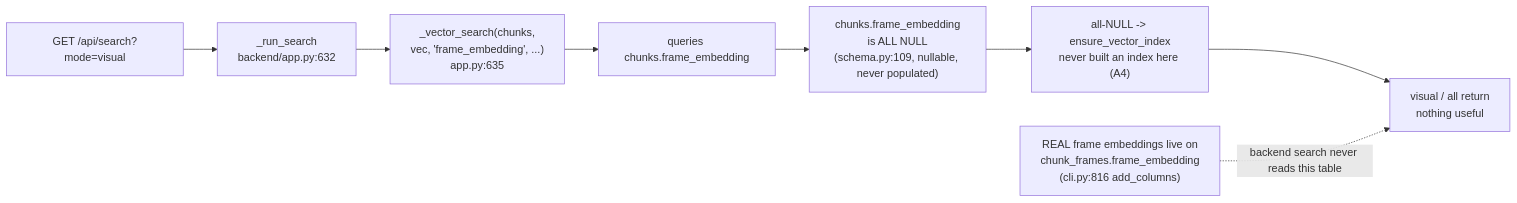
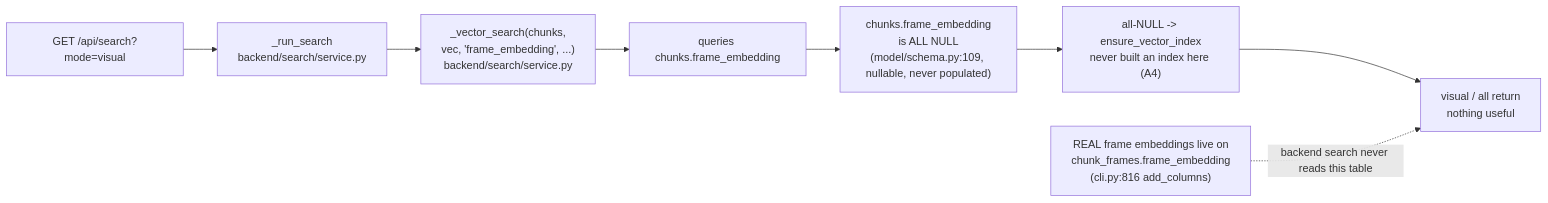
The second of 4 diagrams in docs/INVESTIGATION.md (Borg93/lance-audio-demo), drawn with Mermaid before and after one commit. The commit also changed other lines of this file and 16 other files, not shown here.

First line of the commit message:
Split cli.py into a cli/ package; sync docs to current architecture

````diff
--- a/docs/INVESTIGATION.md
+++ b/docs/INVESTIGATION.md
@@ -145,12 +145,12 @@
 ```mermaid
 flowchart LR
-    Q["GET /api/search?mode=visual"] --> RS["_run_search<br/>backend/app.py:632"]
-    RS --> VS["_vector_search(chunks,<br/>vec, 'frame_embedding', ...)<br/>app.py:635"]
+    Q["GET /api/search?mode=visual"] --> RS["_run_search<br/>backend/search/service.py"]
+    RS --> VS["_vector_search(chunks,<br/>vec, 'frame_embedding', ...)<br/>backend/search/service.py"]
     VS --> COL["queries chunks.frame_embedding"]
-    COL --> EMPTY["chunks.frame_embedding<br/>is ALL NULL<br/>(schema.py:109, nullable, never populated)"]
+    COL --> EMPTY["chunks.frame_embedding<br/>is ALL NULL<br/>(model/schema.py:109, nullable, never populated)"]
     EMPTY --> NOIDX["all-NULL -> ensure_vector_index<br/>never built an index here (A4)"]
     NOIDX --> NADA["visual / all return<br/>nothing useful"]
 
     REAL["REAL frame embeddings live on<br/>chunk_frames.frame_embedding<br/>(cli.py:816 add_columns)"]
     REAL -.->|"backend search never reads this table"| NADA
 ```
````
